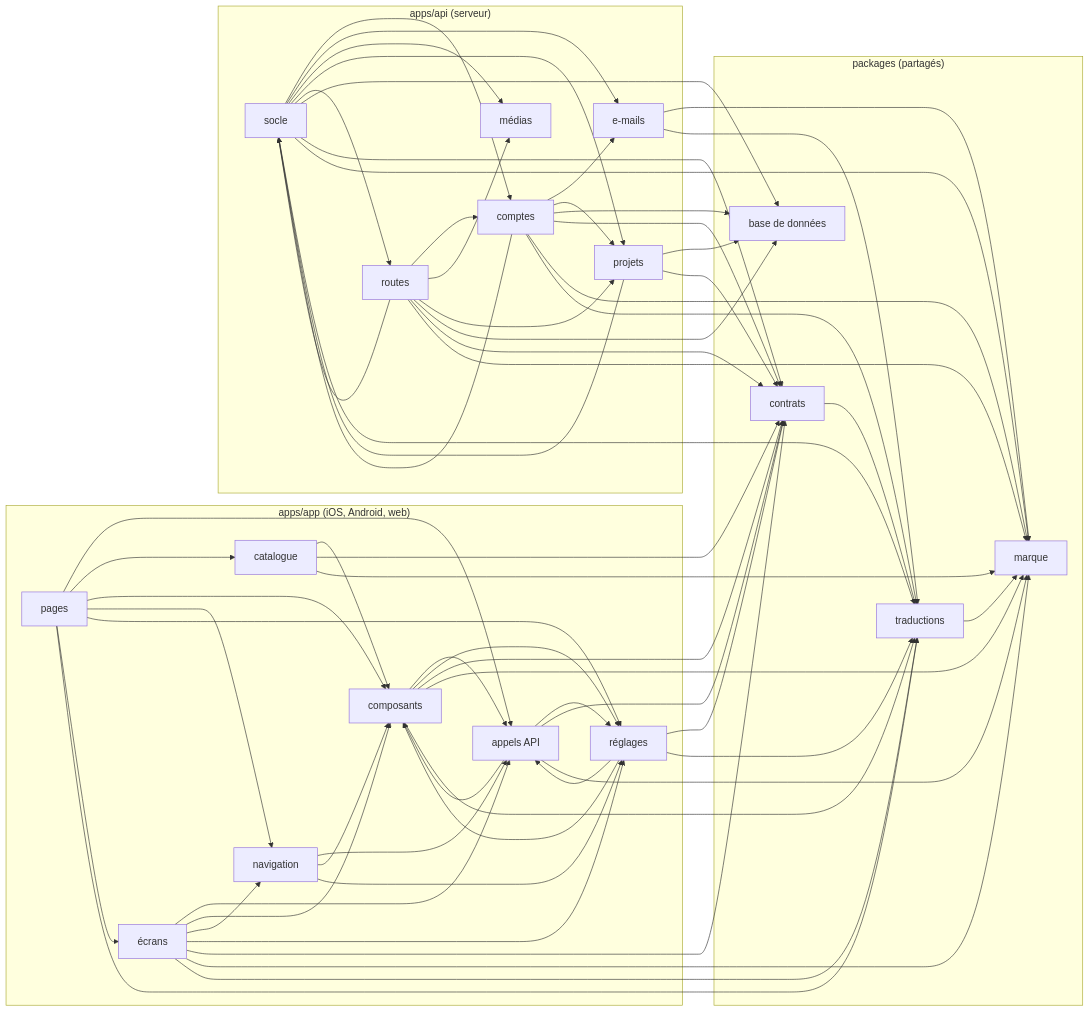
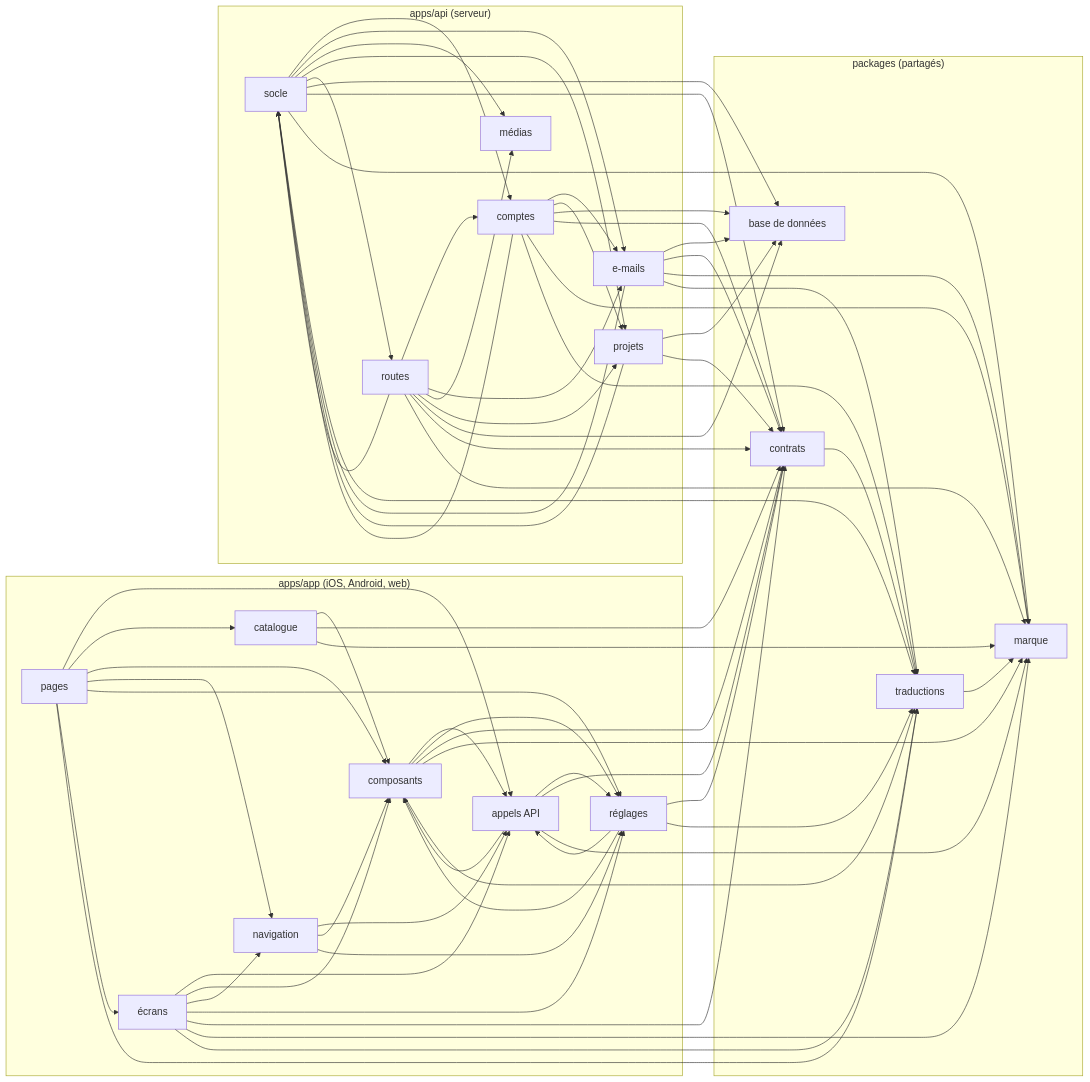
Before and after one commit to EthogramHQ/Waiggle: the diagram in docs/architecture/dependances.md, drawn with Mermaid. The commit also changed 29 other files, not shown here.

```diff
--- a/docs/architecture/dependances.md
+++ b/docs/architecture/dependances.md
@@ -20,8 +20,8 @@
     n9["comptes"]
     n10["projets"]
     n8["routes"]
+    n12["e-mails"]
     n11["médias"]
-    n12["e-mails"]
   end
   subgraph paquets["packages (partagés)"]
     n17["traductions"]
@@ -36,12 +36,16 @@
   n9 --> n15
   n9 --> n18
   n9 --> n17
+  n12 --> n14
+  n12 --> n16
+  n12 --> n15
   n12 --> n18
   n12 --> n17
   n10 --> n14
   n10 --> n16
   n10 --> n15
   n8 --> n9
+  n8 --> n12
   n8 --> n11
   n8 --> n10
   n8 --> n14
```
